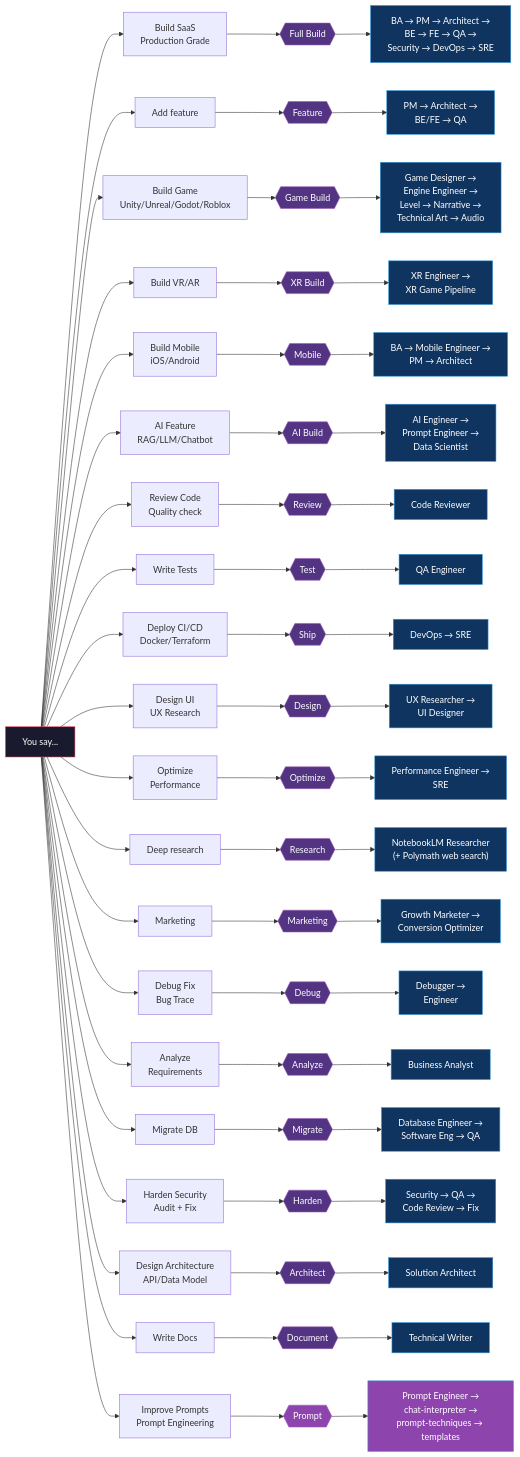
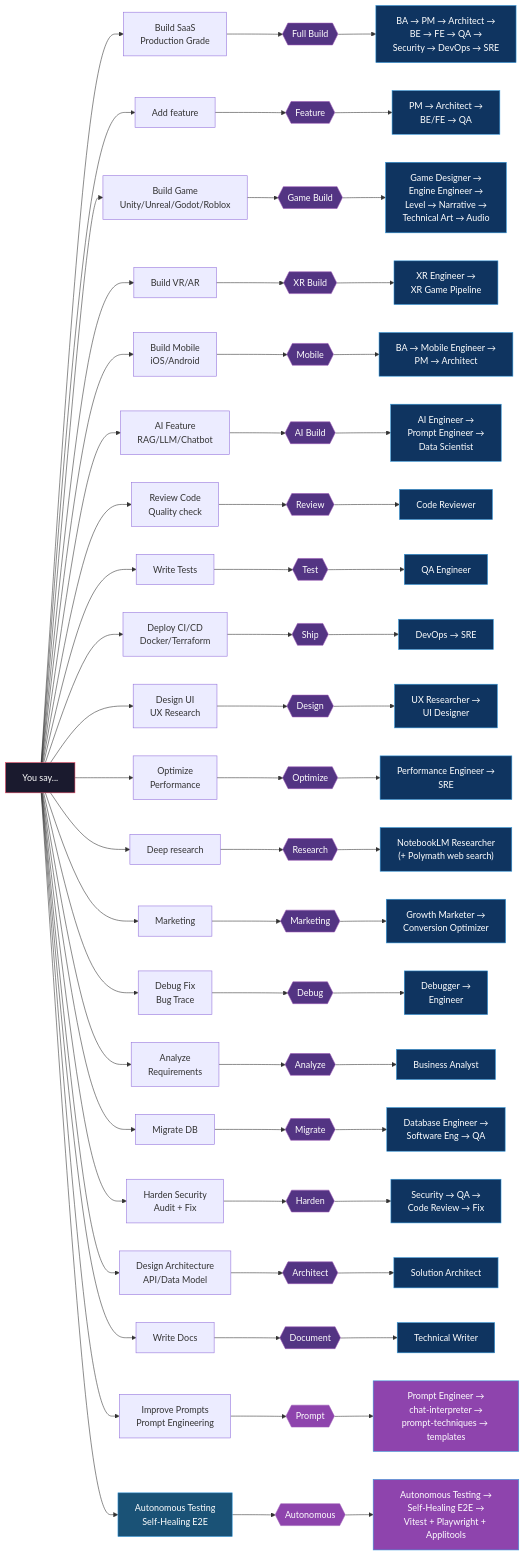
Before and after one commit to Exia-thd/Digital-Nervous: diagram 17 of 18 in README.md, drawn with Mermaid. The commit also changed other lines of this file and 691 other files, not shown here.

````diff
--- a/README.md
+++ b/README.md
@@ -698,6 +878,7 @@
     INPUT --> F18["Design Architecture<br/>API/Data Model"]
     INPUT --> F19["Write Docs"]
     INPUT --> F20["Improve Prompts<br/>Prompt Engineering"]
+    INPUT --> F21["Autonomous Testing<br/>Self-Healing E2E"]
 
     F1 --> M1{{"Full Build"}}
     F2 --> M2{{"Feature"}}
@@ -719,6 +900,7 @@
     F18 --> M18{{"Architect"}}
     F19 --> M19{{"Document"}}
     F20 --> M20{{"Prompt"}}
+    F21 --> M21{{"Autonomous"}}
 
     M1 --> SK1["BA → PM → Architect →<br/>BE → FE → QA →<br/>Security → DevOps → SRE"]
     M2 --> SK2["PM → Architect →<br/>BE/FE → QA"]
@@ -740,6 +922,7 @@
     M18 --> SK18["Solution Architect"]
     M19 --> SK19["Technical Writer"]
     M20 --> SK20["Prompt Engineer →<br/>chat-interpreter →<br/>prompt-techniques → templates"]
+    M21{{"Autonomous"}} --> SK21["Autonomous Testing →<br/>Self-Healing E2E →<br/>Vitest + Playwright + Applitools"]
 
     style INPUT fill:#1a1a2e,stroke:#e94560,color:#fff
     style M1 fill:#533483,stroke:#9b59b6,color:#fff
@@ -762,6 +945,8 @@
     style M18 fill:#533483,stroke:#9b59b6,color:#fff
     style M19 fill:#533483,stroke:#9b59b6,color:#fff
     style M20 fill:#8e44ad,stroke:#9b59b6,color:#fff
+    style M21 fill:#8e44ad,stroke:#9b59b6,color:#fff
+    style F21 fill:#1a5276,stroke:#3498db,color:#fff
     style SK1 fill:#0f3460,stroke:#3498db,color:#fff
     style SK2 fill:#0f3460,stroke:#3498db,color:#fff
     style SK3 fill:#0f3460,stroke:#3498db,color:#fff
@@ -782,4 +967,5 @@
     style SK18 fill:#0f3460,stroke:#3498db,color:#fff
     style SK19 fill:#0f3460,stroke:#3498db,color:#fff
     style SK20 fill:#8e44ad,stroke:#3498db,color:#fff
+    style SK21 fill:#8e44ad,stroke:#3498db,color:#fff
 ```
````
